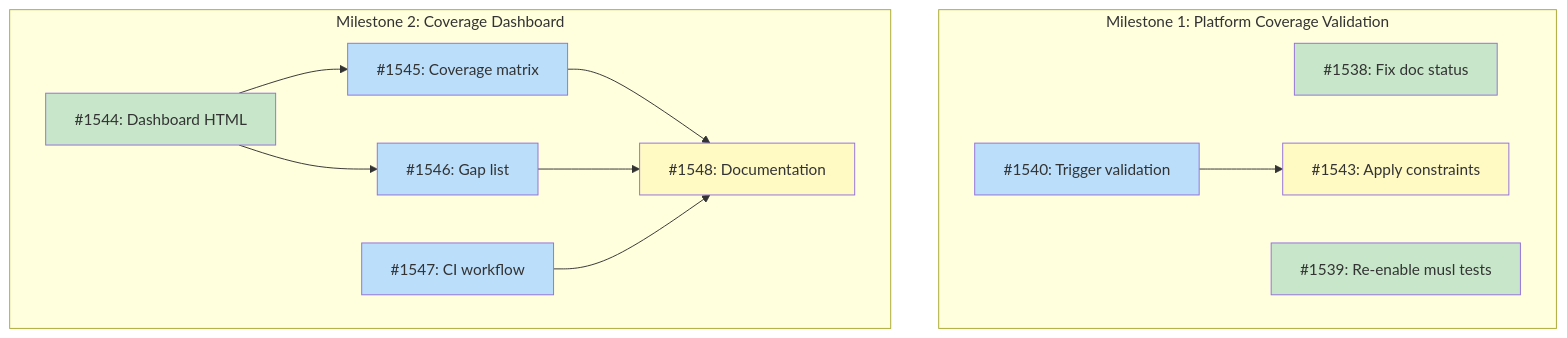
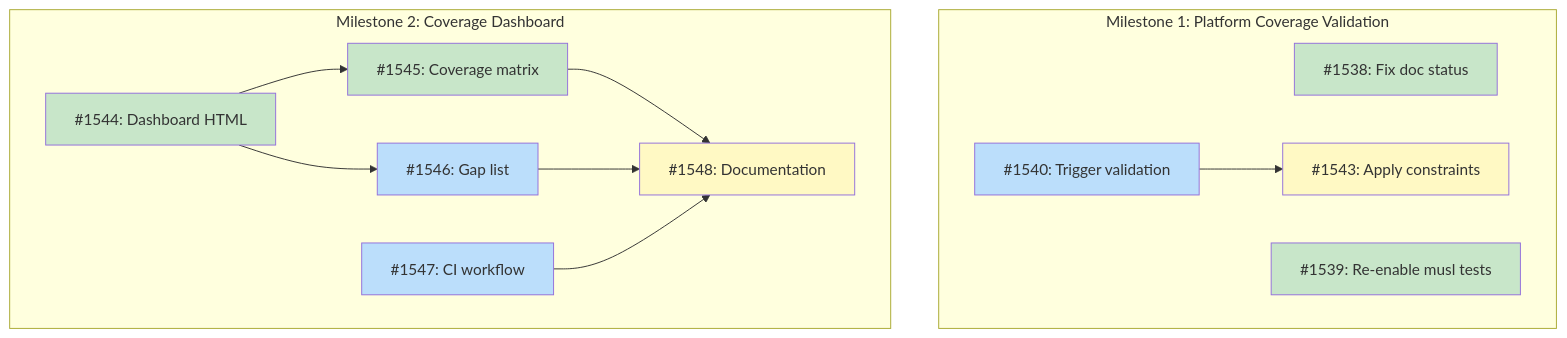
Before and after one commit to tsukumogami/tsuku: the diagram in docs/designs/DESIGN-recipe-coverage-system.md, drawn with Mermaid. The commit also changed other lines of this file, not shown here.

Commit message:
docs: mark issue 1545 as completed in design doc
Update implementation issues table and Mermaid diagram to reflect completion of coverage matrix visualization.

````diff
--- a/docs/designs/DESIGN-recipe-coverage-system.md
+++ b/docs/designs/DESIGN-recipe-coverage-system.md
@@ -51,33 +51,33 @@
 ```mermaid
 graph TD
     subgraph M1["Milestone 1: Platform Coverage Validation"]
         I1538["#1538: Fix doc status"]
         I1539["#1539: Re-enable musl tests"]
         I1540["#1540: Trigger validation"]
         I1543["#1543: Apply constraints"]
     end
 
     subgraph M2["Milestone 2: Coverage Dashboard"]
         I1544["#1544: Dashboard HTML"]
         I1545["#1545: Coverage matrix"]
         I1546["#1546: Gap list"]
         I1547["#1547: CI workflow"]
         I1548["#1548: Documentation"]
     end
 
     I1540 --> I1543
     I1544 --> I1545
     I1544 --> I1546
     I1545 --> I1548
     I1546 --> I1548
     I1547 --> I1548
 
     classDef done fill:#c8e6c9
     classDef ready fill:#bbdefb
     classDef blocked fill:#fff9c4
     classDef needsDesign fill:#e1bee7
 
-    class I1538,I1539,I1544 done
-    class I1540,I1545,I1546,I1547 ready
+    class I1538,I1539,I1544,I1545 done
+    class I1540,I1546,I1547 ready
     class I1543,I1548 blocked
 ```
````
